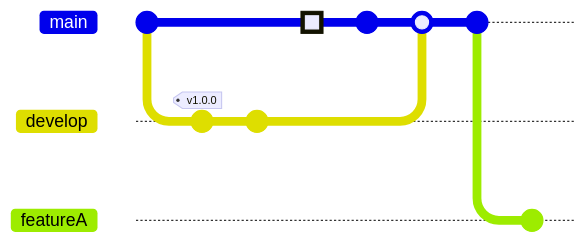
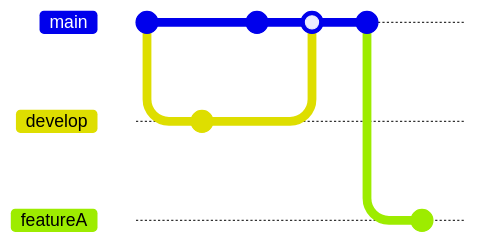
Before and after one commit to petitess/markdown: the first of 2 diagrams in mermaid04.md, drawn with Mermaid. Commit ids are hidden.

````diff
--- a/mermaid04.md
+++ b/mermaid04.md
@@ -1,14 +1,12 @@
 ```mermaid
 gitGraph
        commit
        branch develop
-       commit tag:"v1.0.0"
        commit
        checkout main
-       commit type: HIGHLIGHT
        commit
        merge develop
        commit
        branch featureA
        commit
 ```
````
